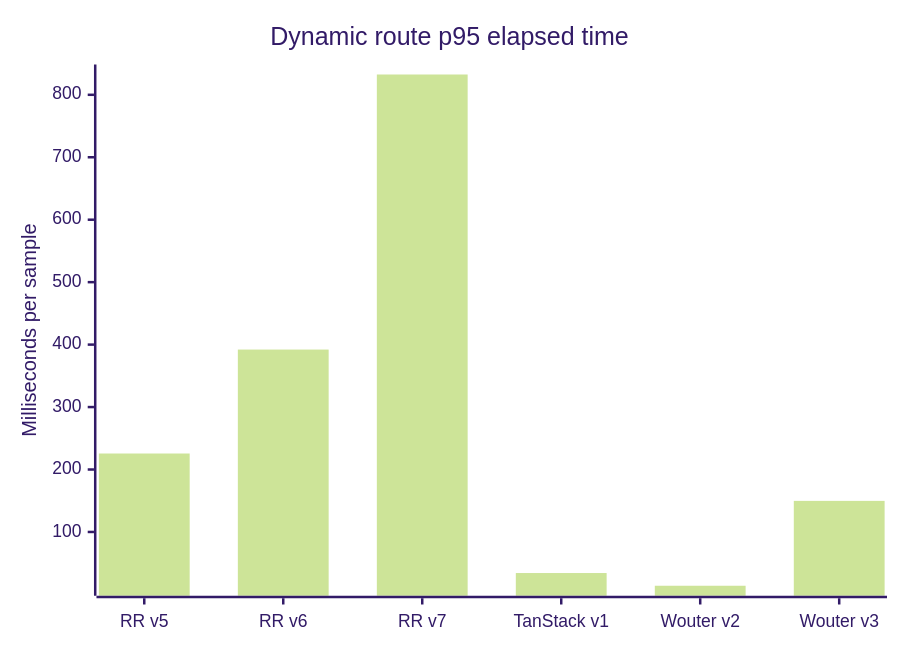
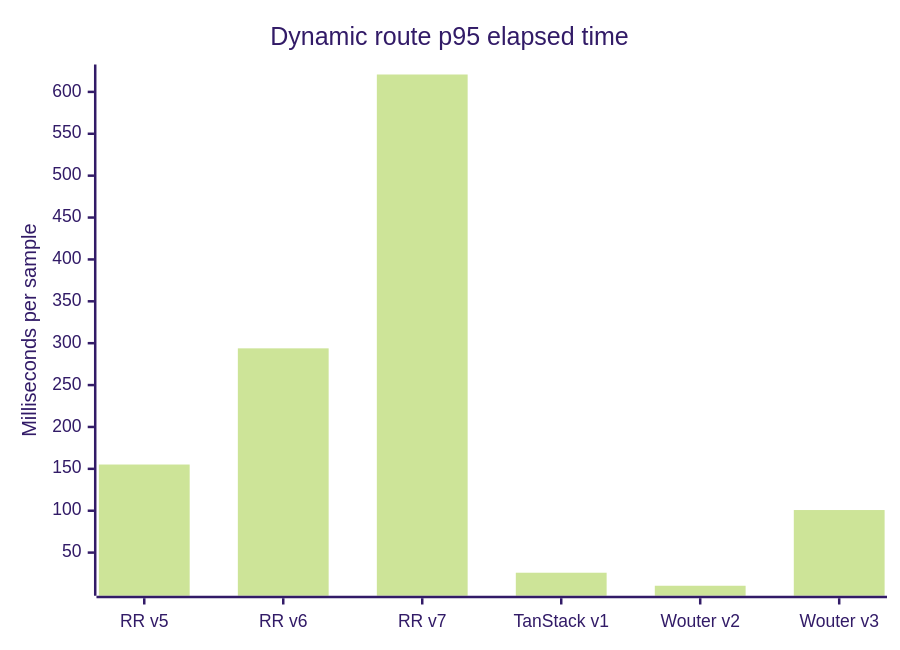
The second of 3 diagrams in README.md (rudolfolah/benchmark-routers-for-react), drawn with Mermaid (forest theme) before and after one commit. The commit also changed other lines of this file and 1 other file, not shown here.

````diff
--- a/README.md
+++ b/README.md
@@ -108,7 +108,7 @@
 ```mermaid
 xychart-beta
     title "Dynamic route p95 elapsed time"
     x-axis ["RR v5", "RR v6", "RR v7", "TanStack v1", "Wouter v2", "Wouter v3"]
     y-axis "Milliseconds per sample"
-    bar [225.628, 392.058, 832.505, 34.233, 13.874, 149.774]
+    bar [155.152, 293.838, 620.766, 25.989, 10.43, 100.818]
 ```
````
